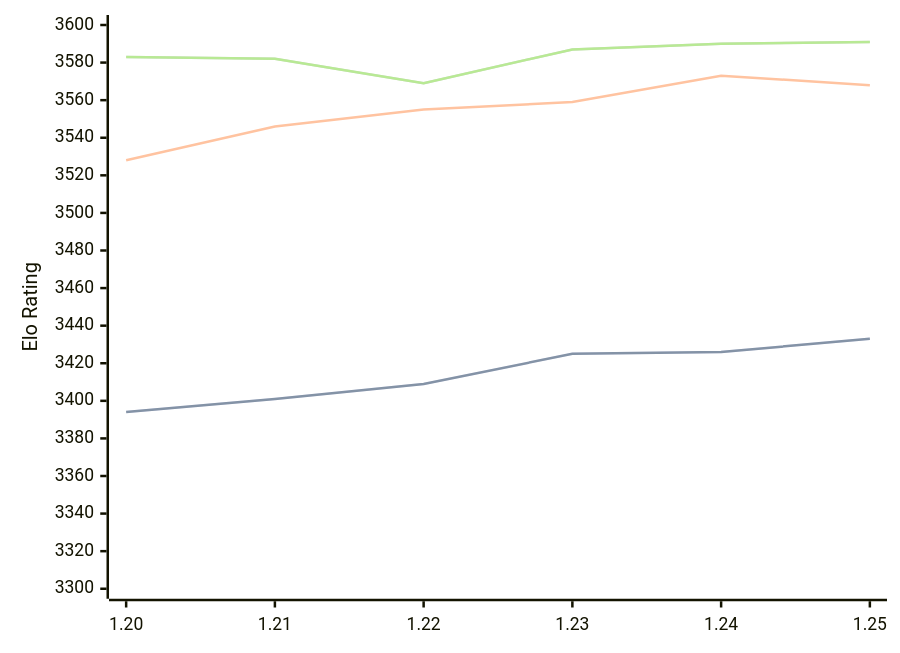
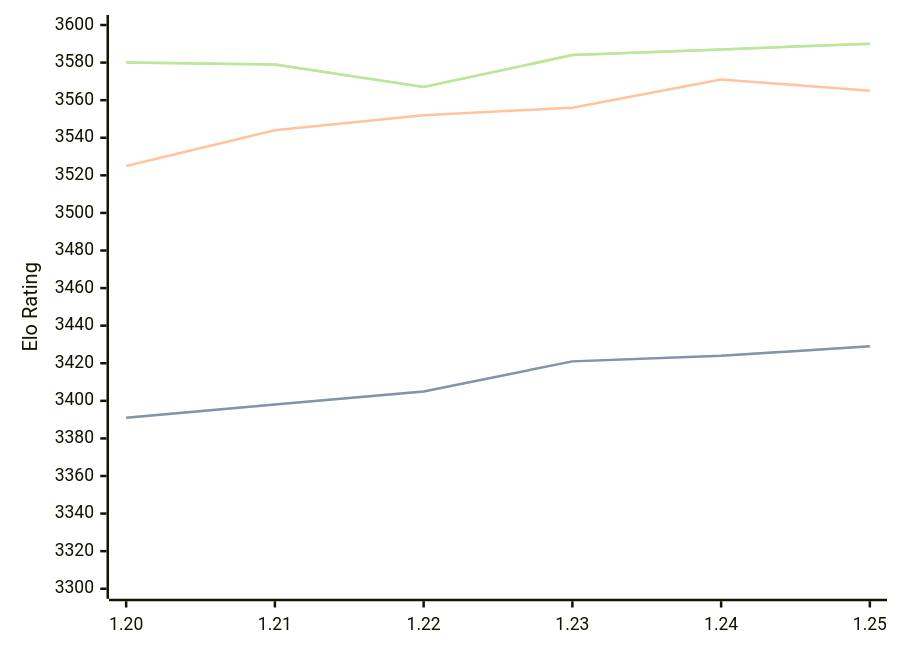
The diagram in engines/Caissa.md (computer-chess-index/cci), drawn with Mermaid before and after one commit. The commit also changed other lines of this file, not shown here.

Commit message:
Update CCI Ratings (ELO VLTC) - 2026-04-23

````diff
--- a/engines/Caissa.md
+++ b/engines/Caissa.md
@@ -65,11 +65,11 @@
 ```mermaid
 %%{init: {"theme":"base","themeVariables":{"seriesColors:['#a3a3a3','#222221','#faa371']}}}%%
 xychart-beta
   x-axis ["1.20", "1.21", "1.22", "1.23", "1.24", "1.25"]
   y-axis "Elo Rating" 3300 --> 3600
-  line "STC (8.0+0.08s)" [3394, 3401, 3409, 3425, 3426, 3433]
-  line "STC (8.0+0.08s)" [3394, 3401, 3409, 3425, 3426, 3433]
-  line "LTC (60.0+0.60s)" [3528, 3546, 3555, 3559, 3573, 3568]
-  line "VLTC (2m24s+1.12s)" [3583, 3582, 3569, 3587, 3590, 3591]
-  line "VLTC (2m24s+1.12s)" [3583, 3582, 3569, 3587, 3590, 3591]
+  line "STC (8.0+0.08s)" [3391, 3398, 3405, 3421, 3424, 3429]
+  line "STC (8.0+0.08s)" [3391, 3398, 3405, 3421, 3424, 3429]
+  line "LTC (60.0+0.60s)" [3525, 3544, 3552, 3556, 3571, 3565]
+  line "VLTC (2m24s+1.12s)" [3580, 3579, 3567, 3584, 3587, 3590]
+  line "VLTC (2m24s+1.12s)" [3580, 3579, 3567, 3584, 3587, 3590]
 ```
````
